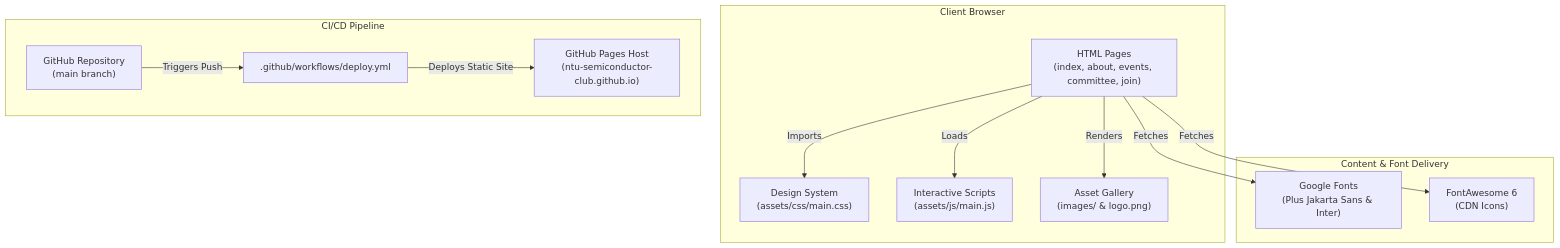
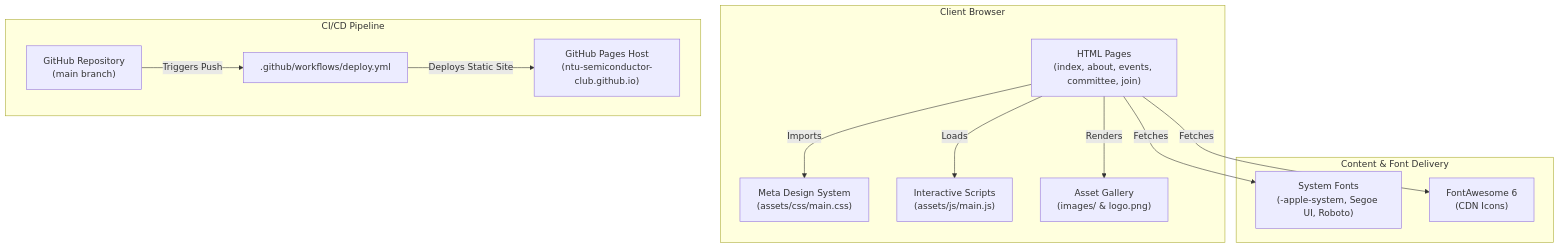
The diagram in ARCHITECTURE.md (NTU-Semiconductor-Club/clubweb), drawn with Mermaid before and after one commit. The commit also changed other lines of this file and 5 other files, not shown here.

Commit message:
Lock exact single-source-of-truth brand identity across all HTML pages and document spec in ARCHITECTURE.md

````diff
--- a/ARCHITECTURE.md
+++ b/ARCHITECTURE.md
@@ -9,29 +31,29 @@
 ```mermaid
 graph TD
     subgraph Browser ["Client Browser"]
         HTML["HTML Pages<br>(index, about, events, committee, join)"]
-        CSS["Design System<br>(assets/css/main.css)"]
+        CSS["Meta Design System<br>(assets/css/main.css)"]
         JS["Interactive Scripts<br>(assets/js/main.js)"]
         Media["Asset Gallery<br>(images/ & logo.png)"]
     end
 
     subgraph CDN ["Content & Font Delivery"]
-        GF["Google Fonts<br>(Plus Jakarta Sans & Inter)"]
+        GF["System Fonts<br>(-apple-system, Segoe UI, Roboto)"]
         FA["FontAwesome 6<br>(CDN Icons)"]
     end
 
     subgraph Automation ["CI/CD Pipeline"]
         GH["GitHub Repository<br>(main branch)"]
         GHA[".github/workflows/deploy.yml"]
         GHP["GitHub Pages Host<br>(ntu-semiconductor-club.github.io)"]
     end
 
     HTML -->|Imports| CSS
     HTML -->|Loads| JS
     HTML -->|Renders| Media
     HTML -->|Fetches| GF
     HTML -->|Fetches| FA
     
     GH -->|Triggers Push| GHA
     GHA -->|Deploys Static Site| GHP
 ```
````
